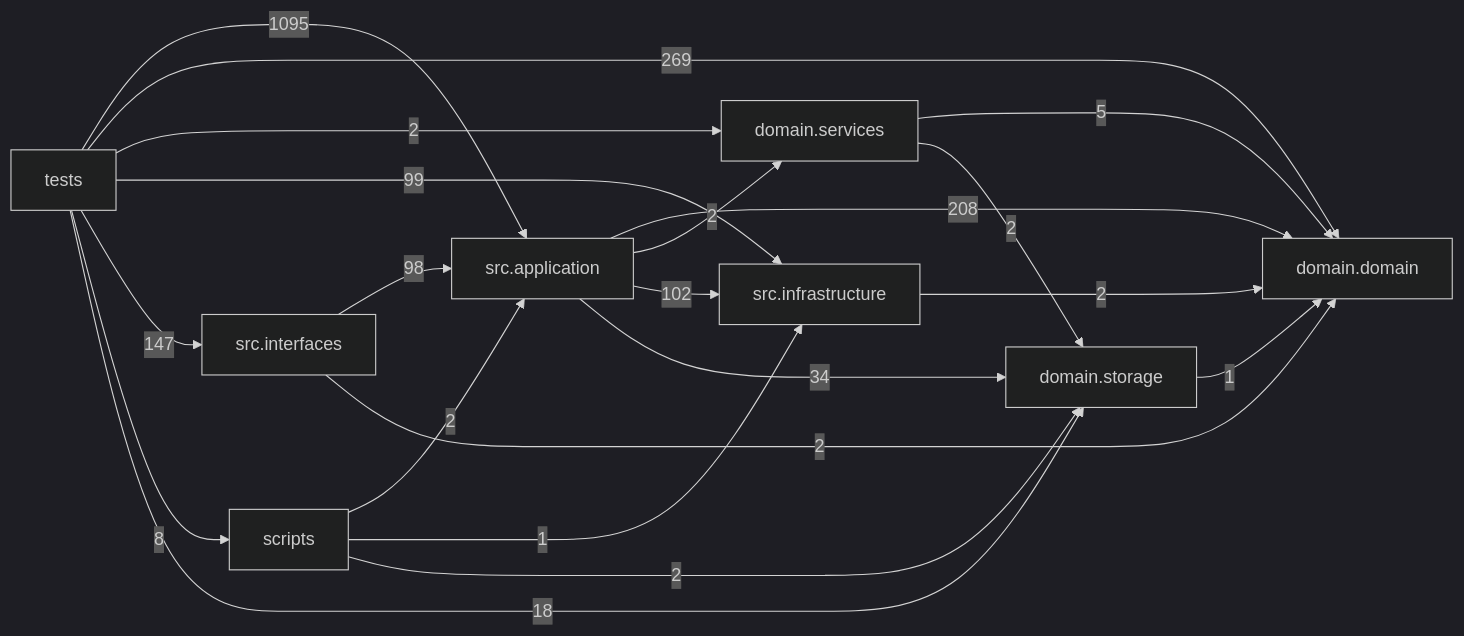
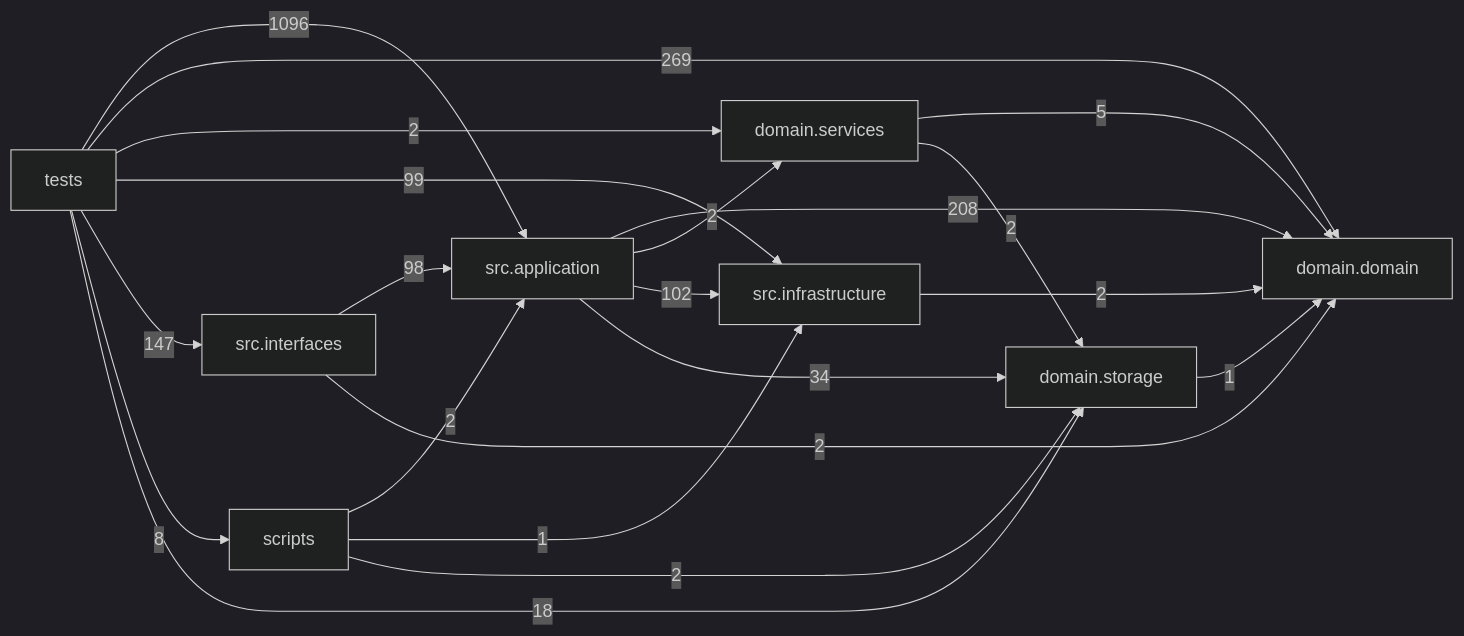
The diagram in docs/DEPENDENCY_GRAPH.md (liuxie066/options-monitor), drawn with Mermaid (dark theme) before and after one commit. The commit also changed other lines of this file and 5 other files, not shown here.

````diff
--- a/docs/DEPENDENCY_GRAPH.md
+++ b/docs/DEPENDENCY_GRAPH.md
@@ -24,31 +24,31 @@
 ```mermaid
 flowchart LR
   tests["tests"]
   scripts["scripts"]
   interfaces["src.interfaces"]
   application["src.application"]
   infrastructure["src.infrastructure"]
   domain_services["domain.services"]
   domain["domain.domain"]
   storage["domain.storage"]
   application -->|208| domain
   application -->|2| domain_services
   application -->|102| infrastructure
   application -->|34| storage
   domain_services -->|5| domain
   domain_services -->|2| storage
   infrastructure -->|2| domain
   interfaces -->|98| application
   interfaces -->|2| domain
   scripts -->|2| application
   scripts -->|1| infrastructure
   scripts -->|2| storage
   storage -->|1| domain
-  tests -->|1095| application
+  tests -->|1096| application
   tests -->|269| domain
   tests -->|2| domain_services
   tests -->|99| infrastructure
   tests -->|147| interfaces
   tests -->|8| scripts
   tests -->|18| storage
 ```
````
